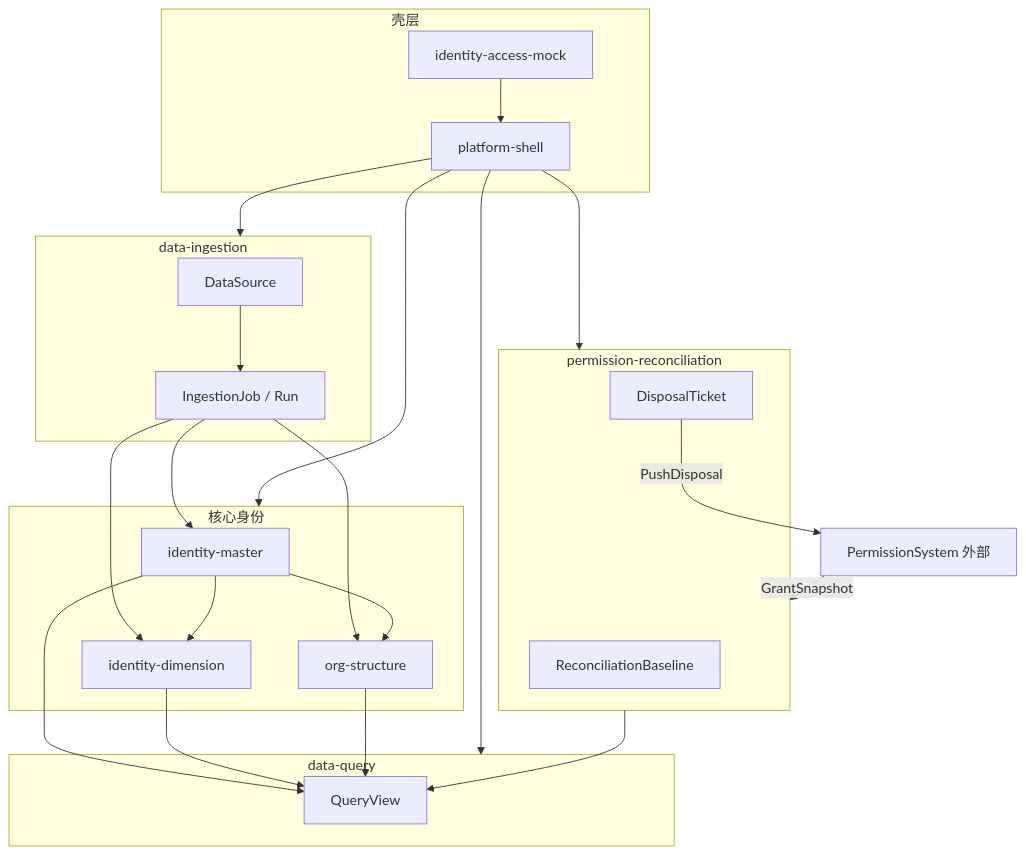
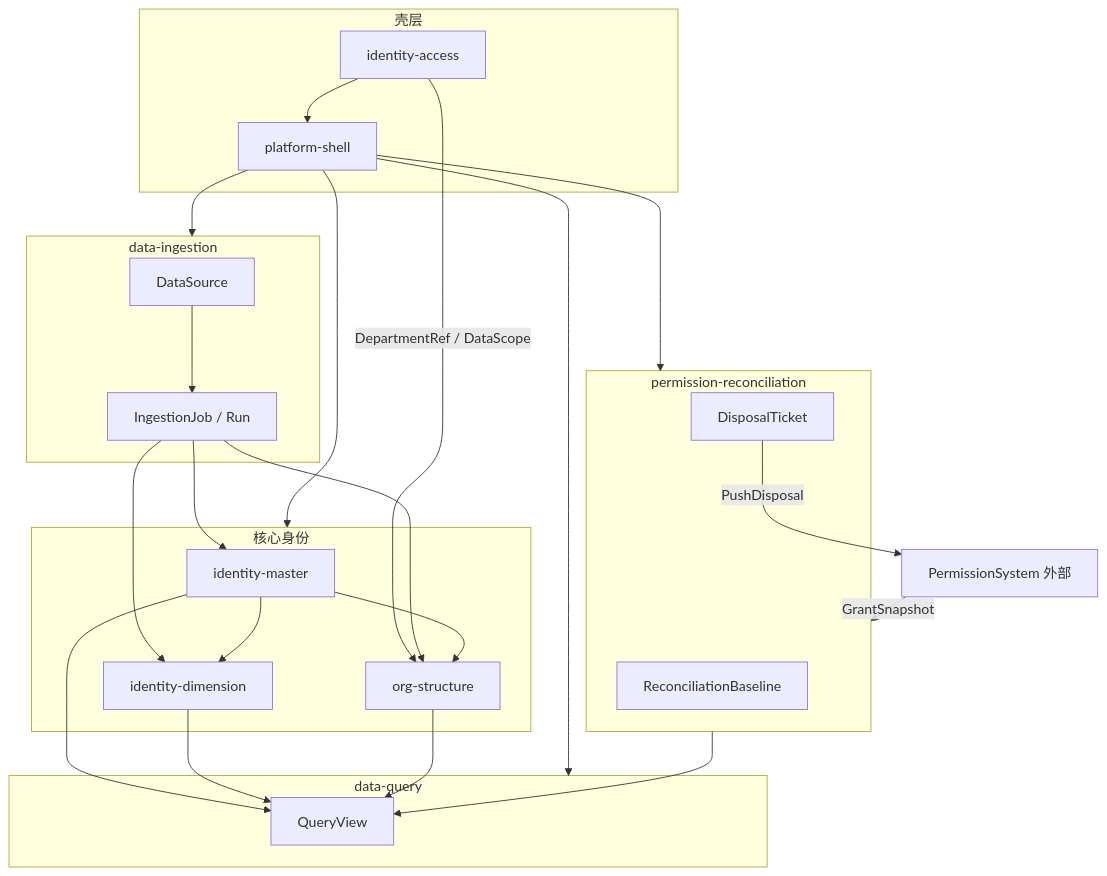
One commit to mjm13/xj-tysfrz changed the diagram in docs/domain/established/context-map.md. Above: the diagram before and after it, drawn with Mermaid. The commit also changed other lines of this file and 155 other files, not shown here.

````diff
--- a/docs/domain/established/context-map.md
+++ b/docs/domain/established/context-map.md
@@ -67,49 +73,50 @@
 ```mermaid
 flowchart TB
     subgraph shell ["壳层"]
         PS[platform-shell]
-        IAM[identity-access-mock]
+        IA[identity-access]
     end
 
     subgraph ingestion ["data-ingestion"]
         DS[DataSource]
         ETL[IngestionJob / Run]
     end
 
     subgraph core ["核心身份"]
         IM[identity-master]
         ID[identity-dimension]
         ORG[org-structure]
     end
 
     subgraph perm ["permission-reconciliation"]
         BL[ReconciliationBaseline]
         DIS[DisposalTicket]
     end
 
     subgraph query ["data-query"]
         QV[QueryView]
     end
 
-    IAM --> PS
+    IA --> PS
+    IA -->|DepartmentRef / DataScope| ORG
     PS --> core
     PS --> ingestion
     PS --> perm
     PS --> query
 
     DS --> ETL
     ETL --> IM
     ETL --> ID
     ETL --> ORG
 
     IM --> ID
     IM --> ORG
 
     PSys[PermissionSystem 外部] -->|GrantSnapshot| perm
     DIS -->|PushDisposal| PSys
 
     IM --> QV
     ID --> QV
     ORG --> QV
     perm --> QV
 ```
````
